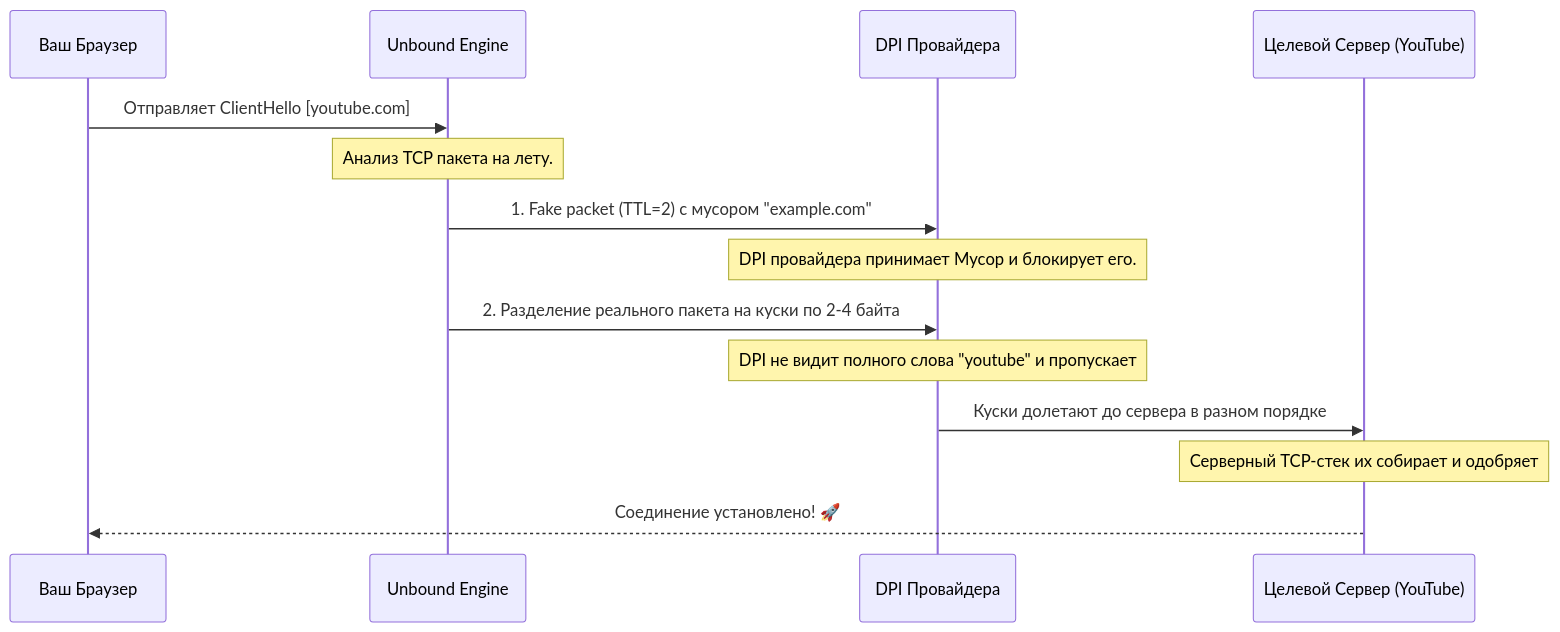
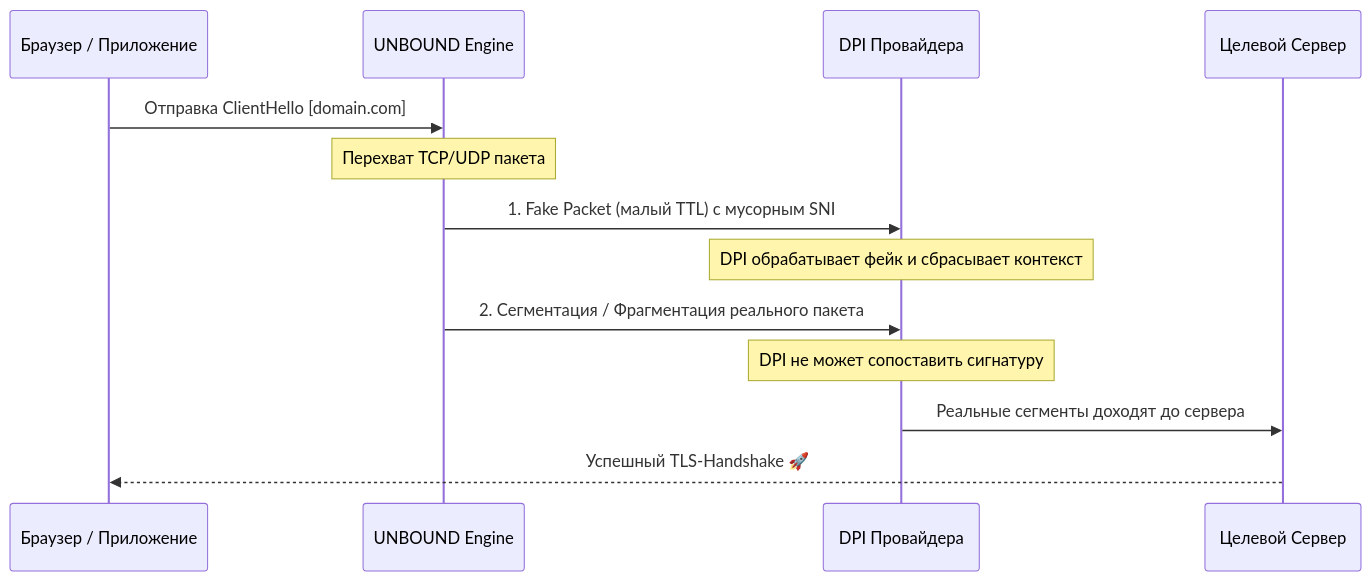
Before and after one commit to bobberdolle1/unbound: the diagram in README.md, drawn with Mermaid. The commit also changed other lines of this file and 1 other file, not shown here.

````diff
--- a/README.md
+++ b/README.md
@@ -204,17 +56,16 @@
 ```mermaid
 sequenceDiagram
-    participant B as Ваш Браузер
-    participant U as Unbound Engine
+    participant B as Браузер / Приложение
+    participant U as UNBOUND Engine
     participant D as DPI Провайдера
-    participant S as Целевой Сервер (YouTube)
+    participant S as Целевой Сервер
 
-    B->>U: Отправляет ClientHello [youtube.com]
-    Note over U: Анализ TCP пакета на лету.
-    U->>D: 1. Fake packet (TTL=2) с мусором "example.com"
-    Note over D: DPI провайдера принимает Мусор и блокирует его. 
-    U->>D: 2. Разделение реального пакета на куски по 2-4 байта
-    Note over D: DPI не видит полного слова "youtube" и пропускает
-    D->>S: Куски долетают до сервера в разном порядке
-    Note over S: Серверный TCP-стек их собирает и одобряет
-    S-->>B: Соединение установлено! 🚀
+    B->>U: Отправка ClientHello [domain.com]
+    Note over U: Перехват TCP/UDP пакета
+    U->>D: 1. Fake Packet (малый TTL) с мусорным SNI
+    Note over D: DPI обрабатывает фейк и сбрасывает контекст
+    U->>D: 2. Сегментация / Фрагментация реального пакета
+    Note over D: DPI не может сопоставить сигнатуру
+    D->>S: Реальные сегменты доходят до сервера
+    S-->>B: Успешный TLS-Handshake 🚀
 ```
````
